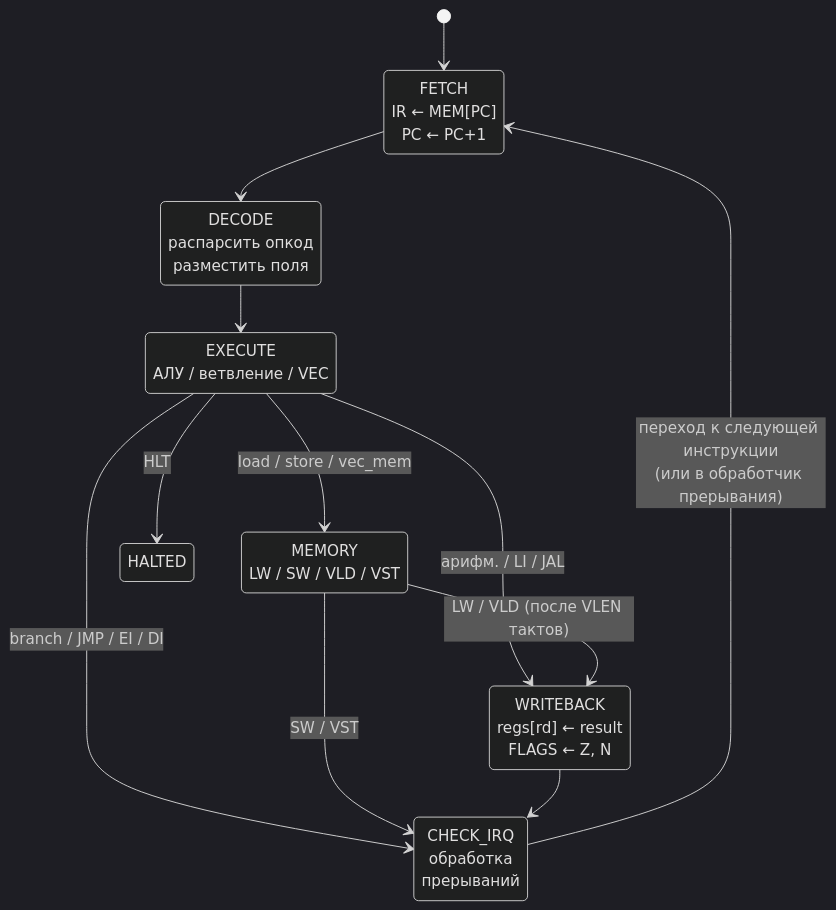
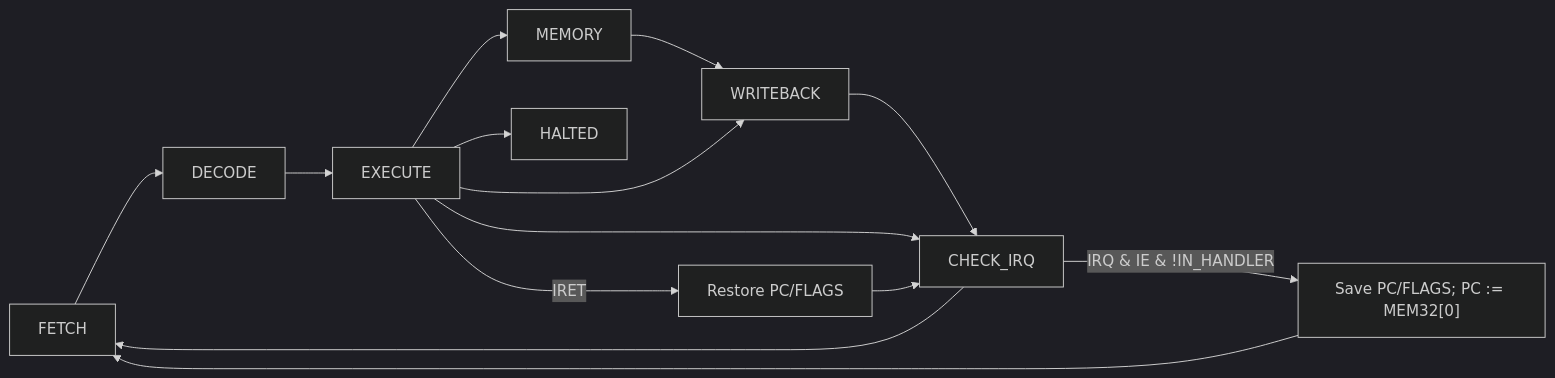
Before and after one commit to mrkotmon/lab4_csa: the second of 2 diagrams in README.md, drawn with Mermaid (dark theme). The commit also changed other lines of this file, not shown here.

````diff
--- a/README.md
+++ b/README.md
@@ -554,23 +461,10 @@
 ```mermaid
-stateDiagram-v2
-    [*] --> FETCH
-
-    FETCH: FETCH<br/>IR ← MEM[PC]<br/>PC ← PC+1
-    DECODE: DECODE<br/>распарсить опкод<br/>разместить поля
-    EXECUTE: EXECUTE<br/>АЛУ / ветвление / VEC
-    MEMORY: MEMORY<br/>LW / SW / VLD / VST
-    WRITEBACK: WRITEBACK<br/>regs[rd] ← result<br/>FLAGS ← Z, N
-    CHECK_IRQ: CHECK_IRQ<br/>обработка<br/>прерываний
-    HALTED: HALTED
-
-    FETCH --> DECODE
-    DECODE --> EXECUTE
-    EXECUTE --> MEMORY: load / store / vec_mem
-    EXECUTE --> WRITEBACK: арифм. / LI / JAL
-    EXECUTE --> CHECK_IRQ: branch / JMP / EI / DI
-    EXECUTE --> HALTED: HLT
-    MEMORY --> WRITEBACK: LW / VLD (после VLEN тактов)
-    MEMORY --> CHECK_IRQ: SW / VST
-    WRITEBACK --> CHECK_IRQ
-    CHECK_IRQ --> FETCH: переход к следующей инструкции<br/>(или в обработчик прерывания)
+flowchart LR
+    FETCH --> DECODE --> EXECUTE
+    EXECUTE --> MEMORY --> WRITEBACK --> CHECK_IRQ --> FETCH
+    EXECUTE --> WRITEBACK
+    EXECUTE --> CHECK_IRQ
+    EXECUTE --> HALTED
+    CHECK_IRQ -->|IRQ & IE & !IN_HANDLER| IRQENTRY["Save PC/FLAGS; PC := MEM32[0]"] --> FETCH
+    EXECUTE -->|IRET| IRETN[Restore PC/FLAGS] --> CHECK_IRQ
 ```
````
